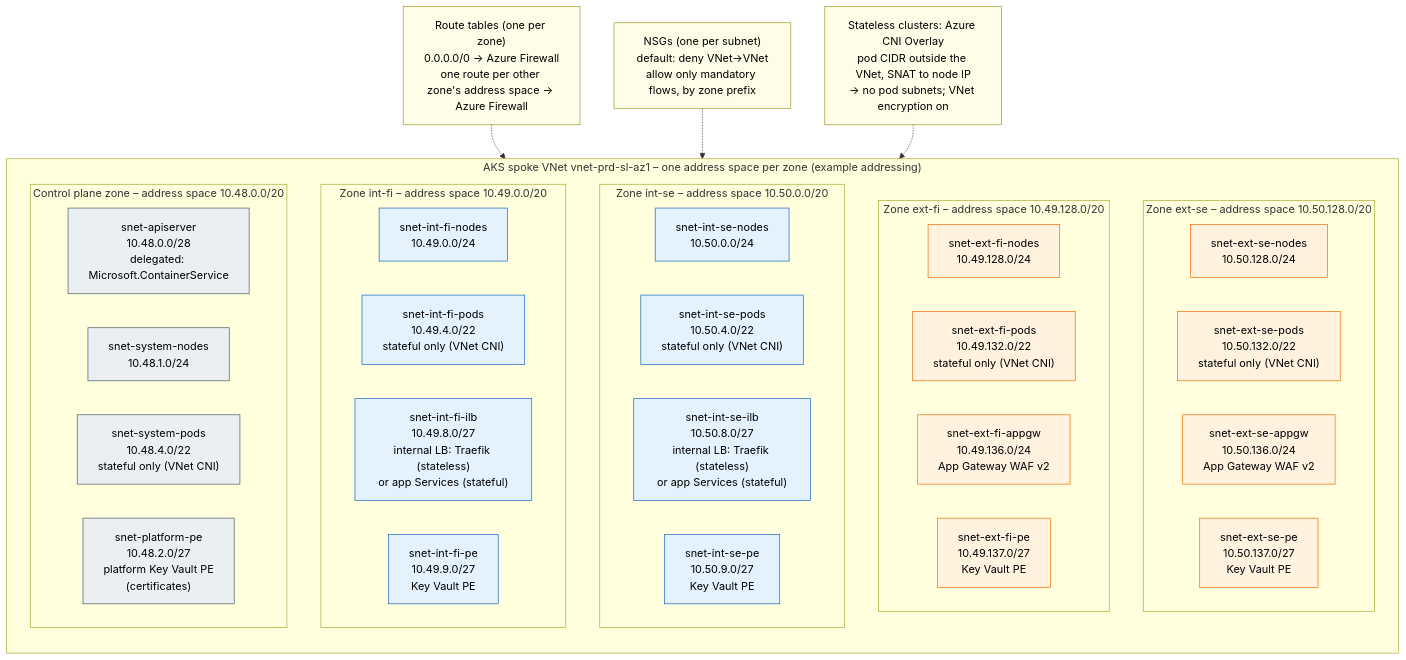
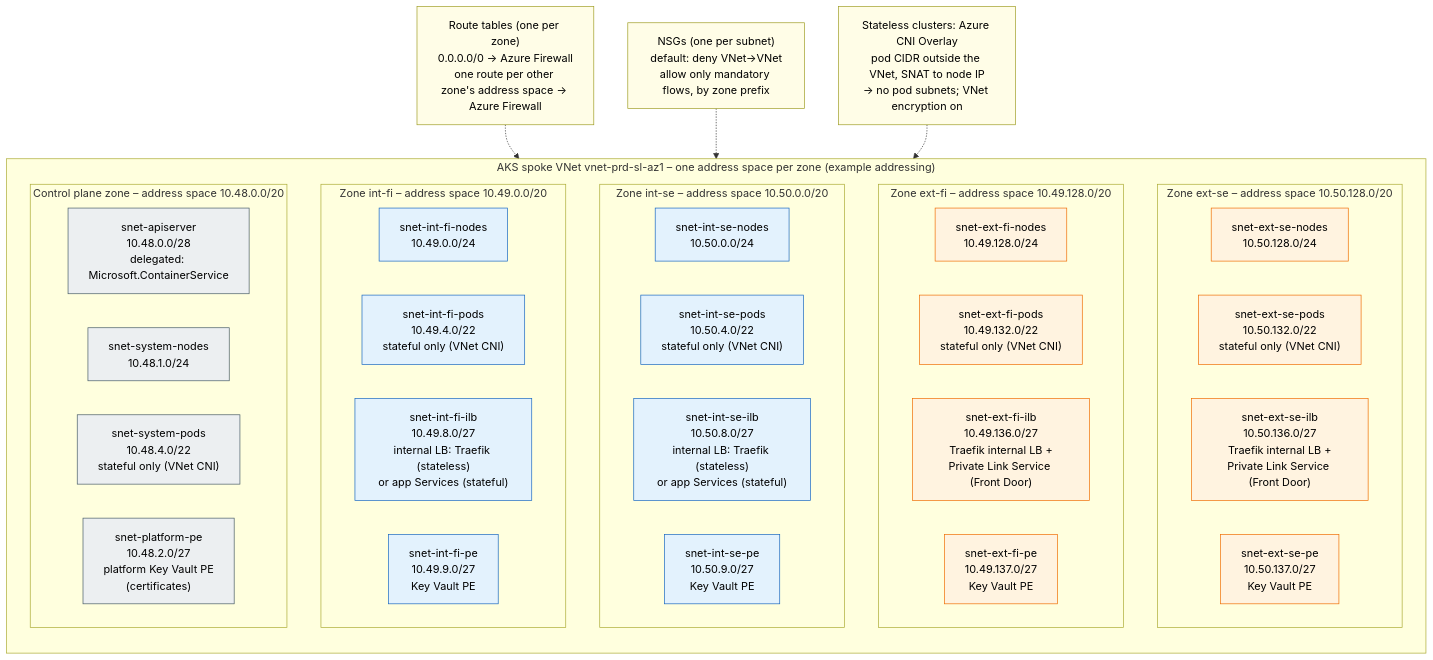
The diagram in diagrams/02-network-subnets.mmd (olljanat-ai/aks-design), drawn with Mermaid before and after one commit. The commit also changed 10 other files, not shown here.

```diff
--- a/diagrams/02-network-subnets.mmd
+++ b/diagrams/02-network-subnets.mmd
@@ -1,58 +1,58 @@
 %% Subnet layout of the AKS spoke VNet. Every subnet has its own NSG and UDR.
 %% Every zone is its own address space of the VNet, taken from the zone prefix of the address plan (README section 8).
 %% Pod subnets exist only in the stateful cluster (VNet CNI); stateless clusters use Azure CNI Overlay.
 flowchart TB
     subgraph VNET["AKS spoke VNet vnet-prd-sl-az1 – one address space per zone (example addressing)"]
         direction TB
         subgraph ESE["Zone ext-se – address space 10.50.128.0/20"]
             direction LR
             ese_n["snet-ext-se-nodes<br/>10.50.128.0/24"]
             ese_p["snet-ext-se-pods<br/>10.50.132.0/22<br/>stateful only (VNet CNI)"]
-            ese_i["snet-ext-se-appgw<br/>10.50.136.0/24<br/>App Gateway WAF v2"]
+            ese_i["snet-ext-se-ilb<br/>10.50.136.0/27<br/>Traefik internal LB +<br/>Private Link Service (Front Door)"]
             ese_pe["snet-ext-se-pe<br/>10.50.137.0/27<br/>Key Vault PE"]
         end
         subgraph EFI["Zone ext-fi – address space 10.49.128.0/20"]
             direction LR
             efi_n["snet-ext-fi-nodes<br/>10.49.128.0/24"]
             efi_p["snet-ext-fi-pods<br/>10.49.132.0/22<br/>stateful only (VNet CNI)"]
-            efi_i["snet-ext-fi-appgw<br/>10.49.136.0/24<br/>App Gateway WAF v2"]
+            efi_i["snet-ext-fi-ilb<br/>10.49.136.0/27<br/>Traefik internal LB +<br/>Private Link Service (Front Door)"]
             efi_pe["snet-ext-fi-pe<br/>10.49.137.0/27<br/>Key Vault PE"]
         end
         subgraph ISE["Zone int-se – address space 10.50.0.0/20"]
             direction LR
             ise_n["snet-int-se-nodes<br/>10.50.0.0/24"]
             ise_p["snet-int-se-pods<br/>10.50.4.0/22<br/>stateful only (VNet CNI)"]
             ise_i["snet-int-se-ilb<br/>10.50.8.0/27<br/>internal LB: Traefik (stateless)<br/>or app Services (stateful)"]
             ise_pe["snet-int-se-pe<br/>10.50.9.0/27<br/>Key Vault PE"]
         end
         subgraph IFI["Zone int-fi – address space 10.49.0.0/20"]
             direction LR
             ifi_n["snet-int-fi-nodes<br/>10.49.0.0/24"]
             ifi_p["snet-int-fi-pods<br/>10.49.4.0/22<br/>stateful only (VNet CNI)"]
             ifi_i["snet-int-fi-ilb<br/>10.49.8.0/27<br/>internal LB: Traefik (stateless)<br/>or app Services (stateful)"]
             ifi_pe["snet-int-fi-pe<br/>10.49.9.0/27<br/>Key Vault PE"]
         end
         subgraph CP["Control plane zone – address space 10.48.0.0/20"]
             direction LR
             s_api["snet-apiserver<br/>10.48.0.0/28<br/>delegated: Microsoft.ContainerService"]
             s_sysn["snet-system-nodes<br/>10.48.1.0/24"]
             s_sysp["snet-system-pods<br/>10.48.4.0/22<br/>stateful only (VNet CNI)"]
             s_ppe["snet-platform-pe<br/>10.48.2.0/27<br/>platform Key Vault PE<br/>(certificates)"]
         end
     end
 
     rt["Route tables (one per zone)<br/>0.0.0.0/0 → Azure Firewall<br/>one route per other zone's address space → Azure Firewall"]
     nsg["NSGs (one per subnet)<br/>default: deny VNet→VNet<br/>allow only mandatory flows, by zone prefix"]
     cni["Stateless clusters: Azure CNI Overlay<br/>pod CIDR outside the VNet, SNAT to node IP<br/>→ no pod subnets; VNet encryption on"]
     rt -.-> VNET
     nsg -.-> VNET
     cni -.-> VNET
 
     classDef cp fill:#eceff1,stroke:#455a64,color:#000
     classDef int fill:#e3f2fd,stroke:#1565c0,color:#000
     classDef ext fill:#fff3e0,stroke:#ef6c00,color:#000
     classDef note fill:#fffde7,stroke:#9e9d24,color:#000
     class s_api,s_sysn,s_sysp,s_ppe cp
     class ifi_n,ifi_p,ifi_i,ifi_pe,ise_n,ise_p,ise_i,ise_pe int
     class efi_n,efi_p,efi_i,efi_pe,ese_n,ese_p,ese_i,ese_pe ext
     class rt,nsg,cni note
```
